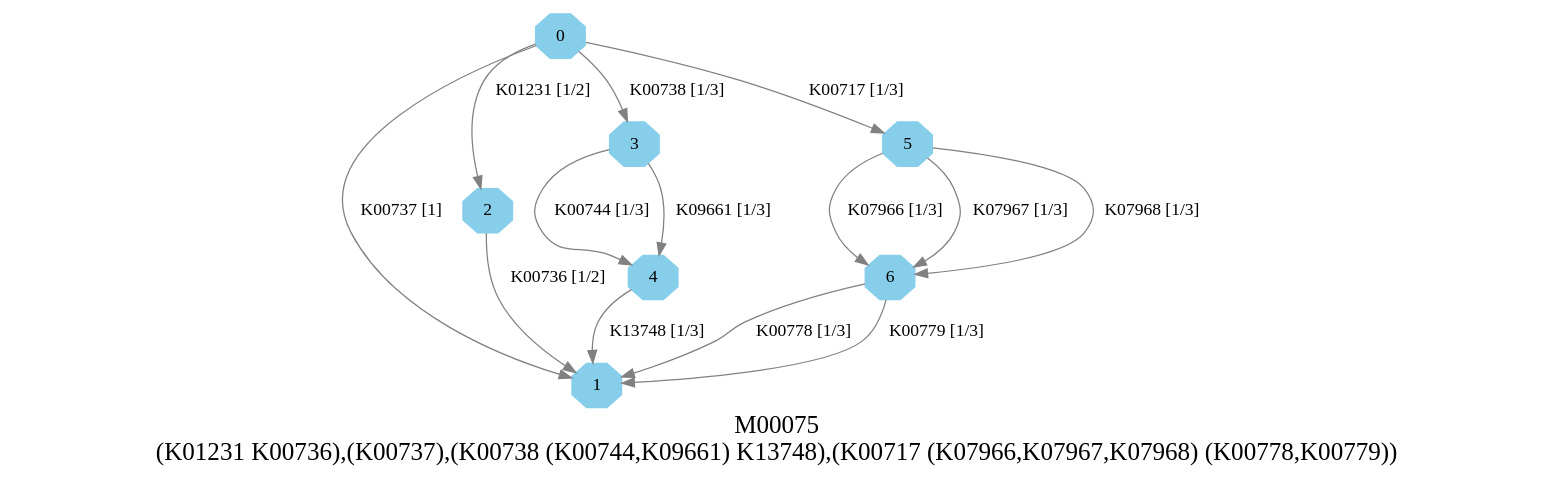
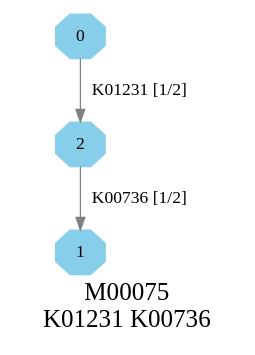
The diagram in graphs/dots/M00075.dot (EBI-Metagenomics/kegg-pathways-completeness-tool), drawn with Graphviz before and after one commit. The commit also changed 654 other files, not shown here.

```diff
--- a/graphs/dots/M00075.dot
+++ b/graphs/dots/M00075.dot
@@ -1,20 +1,9 @@
 digraph G {
 graph [label="M00075
-(K01231 K00736),(K00737),(K00738 (K00744,K09661) K13748),(K00717 (K07966,K07967,K07968) (K00778,K00779))",fontsize=20];
+K01231 K00736",fontsize=20];
 node [shape=box,style=filled];
 edge [len=3,color=grey];
-{node [width=.3,height=.3,shape=octagon,style=filled,color=skyblue] 0 1 2 3 4 5 6 }
+{node [width=.3,height=.3,shape=octagon,style=filled,color=skyblue] 0 1 2 }
 0 -> 2 [label="K01231 [1/2]"];
-0 -> 1 [label="K00737 [1]"];
-0 -> 3 [label="K00738 [1/3]"];
-0 -> 5 [label="K00717 [1/3]"];
 2 -> 1 [label="K00736 [1/2]"];
-3 -> 4 [label="K00744 [1/3]"];
-3 -> 4 [label="K09661 [1/3]"];
-4 -> 1 [label="K13748 [1/3]"];
-5 -> 6 [label="K07966 [1/3]"];
-5 -> 6 [label="K07967 [1/3]"];
-5 -> 6 [label="K07968 [1/3]"];
-6 -> 1 [label="K00778 [1/3]"];
-6 -> 1 [label="K00779 [1/3]"];
 }
```
